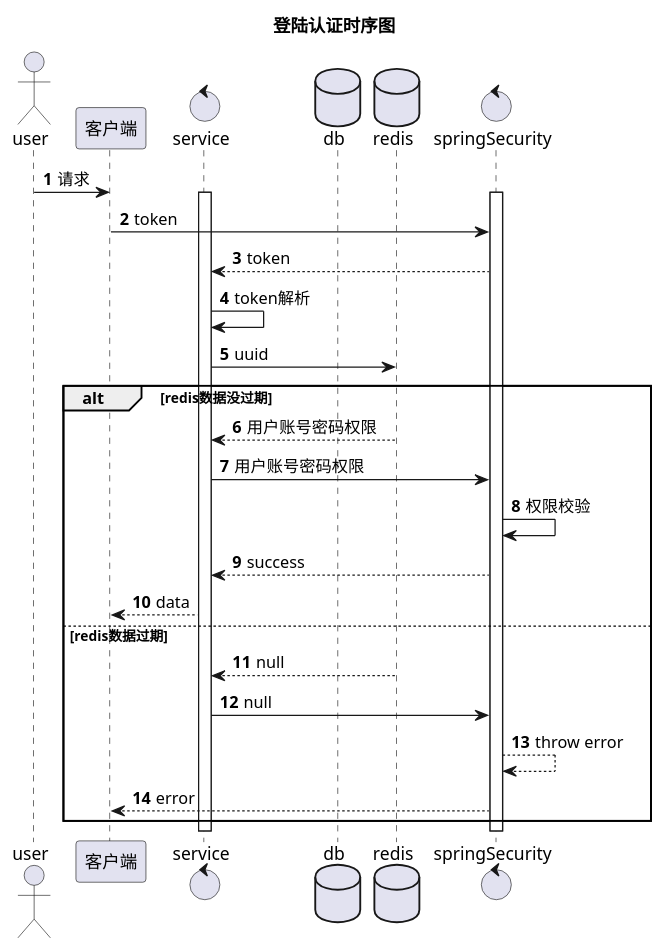
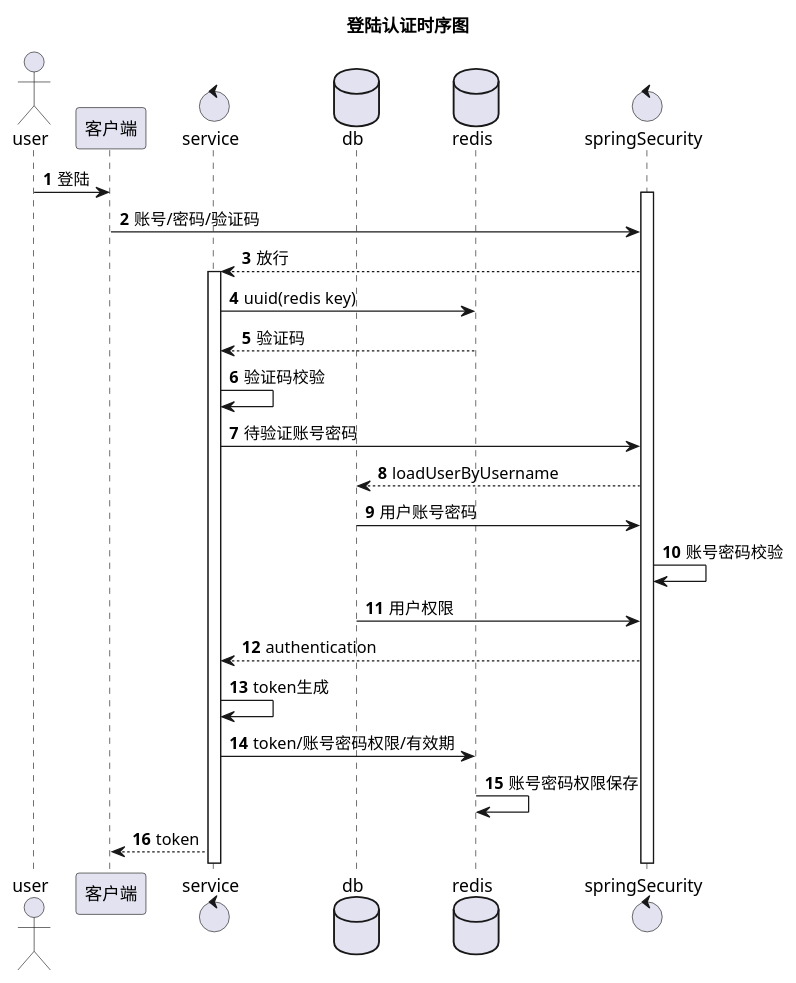
Before and after one commit to hcm083214/java-auth: the diagram in 登陆认证时序图.puml, drawn with PlantUML.

Commit message:
docs: 登陆鉴权时序图修改

```diff
--- a/登陆认证时序图.puml
+++ b/登陆认证时序图.puml
@@ -1,51 +1,50 @@
 @startuml
 title 登陆认证时序图
 actor user
 participant 客户端 as client
 control service as s
 database db
 database redis
 control springSecurity as ss
 autonumber
 
-'user -> client :登陆
+user -> client :登陆
+activate ss
+client -> ss :账号/密码/验证码
+ss --> s : 放行
+activate s
+s -> redis :uuid(redis key)
+redis --> s :验证码
+s -> s :验证码校验
+s -> ss :待验证账号密码
+ss --> db: loadUserByUsername
+db -> ss:用户账号密码
+ss -> ss: 账号密码校验
+db -> ss: 用户权限
+ss --> s :authentication
+s -> s :token生成
+s -> redis :token/账号密码权限/有效期
+redis -> redis :账号密码权限保存
+s --> client :token
+
+
+'user -> client :请求
+'activate s
 'activate ss
-'client -> ss :账号/密码/验证码
-'ss --> s : 放行
-'activate s
-'s -> redis :uuid(redis key)
-'redis --> s :验证码
-'s -> s :验证码校验
-'s -> ss :待验证账号密码
-'ss --> db: loadUserByUsername
-'db -> ss:用户账号密码
-'ss -> ss: 账号密码校验
-'db -> ss: 用户权限
-'ss --> s :authentication
-'s -> s :token生成
-'s -> redis :token/账号密码权限/有效期
-'redis -> redis :账号密码权限保存
-'s --> client :token
-'deactivate ss
-'deactivate s
-
-user -> client :请求
-activate s
-activate ss
-client -> ss :token
-ss --> s : token
-s -> s :token解析
-s -> redis :uuid
-alt redis数据没过期
-redis --> s :用户账号密码权限
-s -> ss : 用户账号密码权限
-ss -> ss: 权限校验
-ss --> s : success
-s --> client : data
-else redis数据过期
-redis --> s :null
-s -> ss : null
-ss --> ss : throw error
-ss --> client : error
-end
+'client -> ss :token
+'ss --> s : token
+'s -> s :token解析
+'s -> redis :uuid
+'alt redis数据没过期
+'redis --> s :用户账号密码权限
+'s -> ss : 用户账号密码权限
+'ss -> ss: 权限校验
+'ss --> s : success
+'s --> client : data
+'else redis数据过期
+'redis --> s :null
+'s -> ss : null
+'ss --> ss : throw error
+'ss --> client : error
+'end
 @enduml
```
